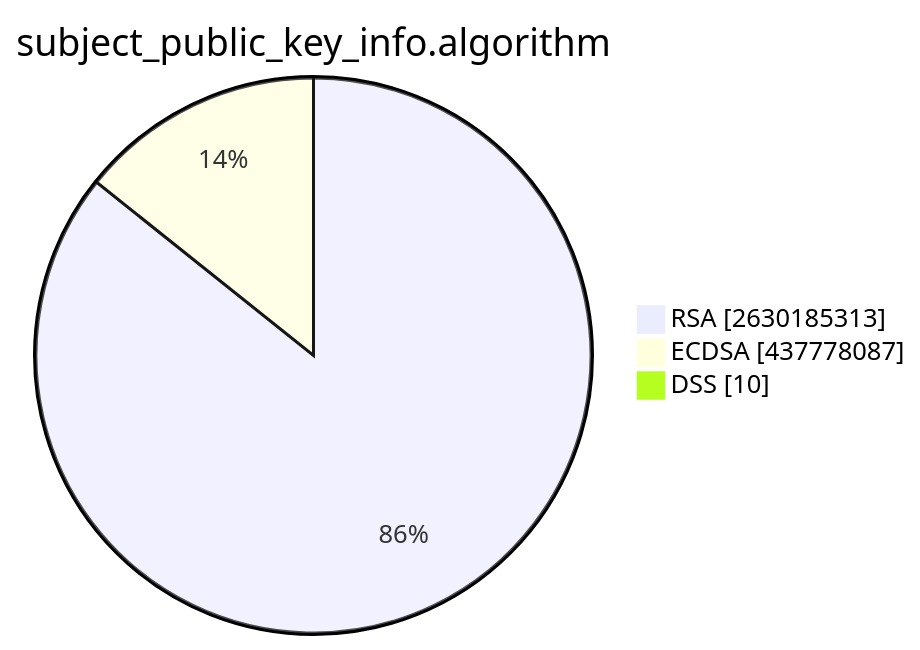
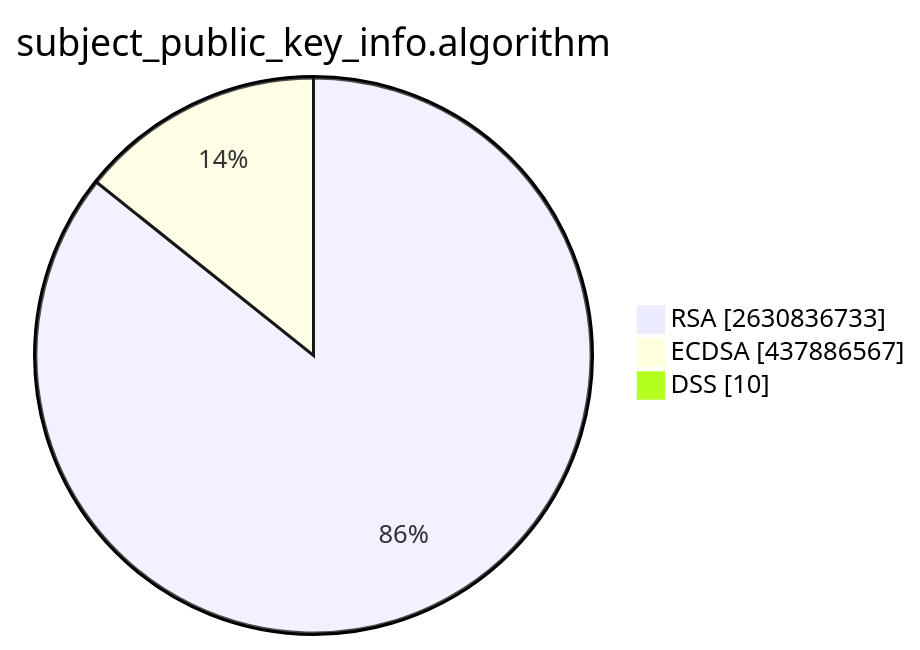
Before and after one commit to christiankrug/ctmonitor_visualization: the second of 15 diagrams in TOTAL/README.md, drawn with Mermaid. The commit also changed other lines of this file, not shown here.

````diff
--- a/TOTAL/README.md
+++ b/TOTAL/README.md
@@ -6,7 +6,7 @@
 ```mermaid
 pie showData
 title subject_public_key_info.algorithm
-"RSA" :2630185313
-"ECDSA" :437778087
+"RSA" :2630836733
+"ECDSA" :437886567
 "DSS" :10
 ```
````
